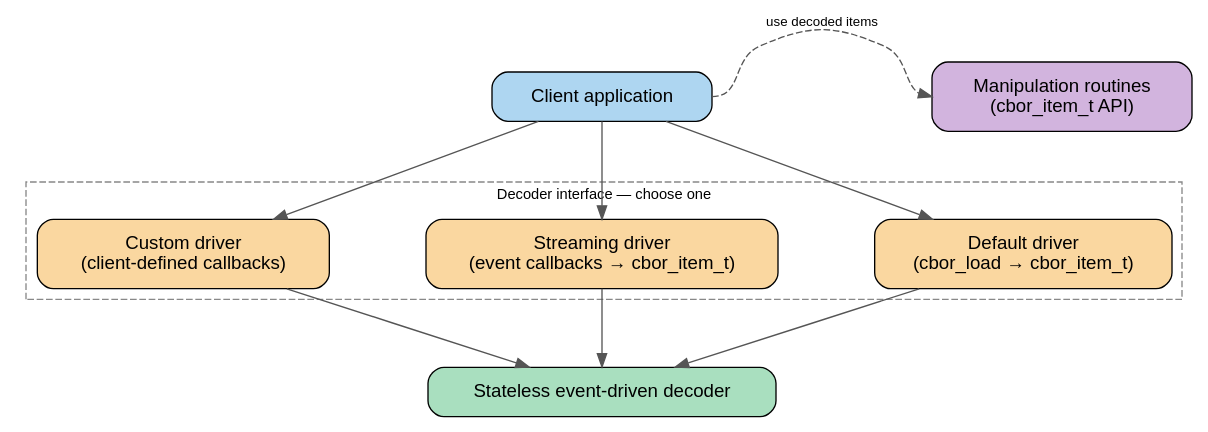
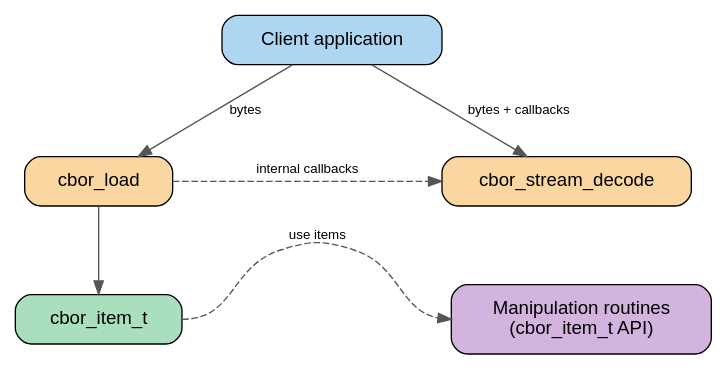
Before and after one commit to PJK/libcbor: the diagram in doc/source/api/decoding.rst, drawn with Graphviz.

Commit message:
Redraw decoding diagram to show cbor_load/cbor_stream_decode chain
Shows the actual architecture:
- Client connects to cbor_load (bytes) or cbor_stream_decode (bytes + callbacks)
- cbor_load → cbor_stream_decode with a dashed "internal callbacks" arrow
- cbor_load → cbor_item_t as its output
- cbor_item_t ↔ Manipulation routines via dashed side edge

Drops the abstract "Default/Streaming/Custom driver" cluster framing in
favour of the real function names.

```diff
--- a/doc/source/api/decoding.rst
+++ b/doc/source/api/decoding.rst
@@ -35,37 +35,27 @@
 .. graphviz::
    :align: center
 
    digraph decoding {
-       graph [rankdir=TB, nodesep=1.0, ranksep=0.8, fontname="Helvetica"]
+       graph [rankdir=TB, nodesep=1.4, ranksep=0.8, fontname="Helvetica"]
        node  [shape=box, style="filled,rounded", fontname="Helvetica", margin="0.3,0.15"]
        edge  [color="#555555", fontname="Helvetica", fontsize=10]
 
-       client    [label="Client application",              fillcolor="#AED6F1"]
+       client    [label="Client application",                   fillcolor="#AED6F1"]
+       cbor_load [label="cbor_load",                            fillcolor="#FAD7A0"]
+       streaming [label="cbor_stream_decode",                   fillcolor="#FAD7A0"]
+       item      [label="cbor_item_t",                          fillcolor="#A9DFBF"]
        manip     [label="Manipulation routines\n(cbor_item_t API)", fillcolor="#D2B4DE"]
-       stateless [label="Stateless event-driven decoder",  fillcolor="#A9DFBF"]
 
-       subgraph cluster_drivers {
-           label="Decoder interface — choose one"
-           fontname="Helvetica"
-           fontsize=11
-           style=dashed
-           color="#888888"
-           node [fillcolor="#FAD7A0"]
-           custom    [label="Custom driver\n(client-defined callbacks)"]
-           streaming [label="Streaming driver\n(event callbacks → cbor_item_t)"]
-           default   [label="Default driver\n(cbor_load → cbor_item_t)"]
-       }
+       { rank=same; cbor_load; streaming }
+       { rank=same; item; manip }
 
-       { rank=same; client; manip }
+       client -> cbor_load [label=" bytes "]
+       client -> streaming [label=" bytes + callbacks "]
 
-       client -> custom
-       client -> streaming
-       client -> default
+       cbor_load -> streaming [label=" internal callbacks ",
+                               style=dashed, constraint=false]
+       cbor_load -> item
 
-       custom    -> stateless
-       streaming -> stateless
-       default   -> stateless
-
-       client:e -> manip:w [style=dashed, dir=both, constraint=false,
-                            label="use decoded items"]
+       item:e -> manip:w [style=dashed, dir=both, constraint=false,
+                          label=" use items "]
    }
```
